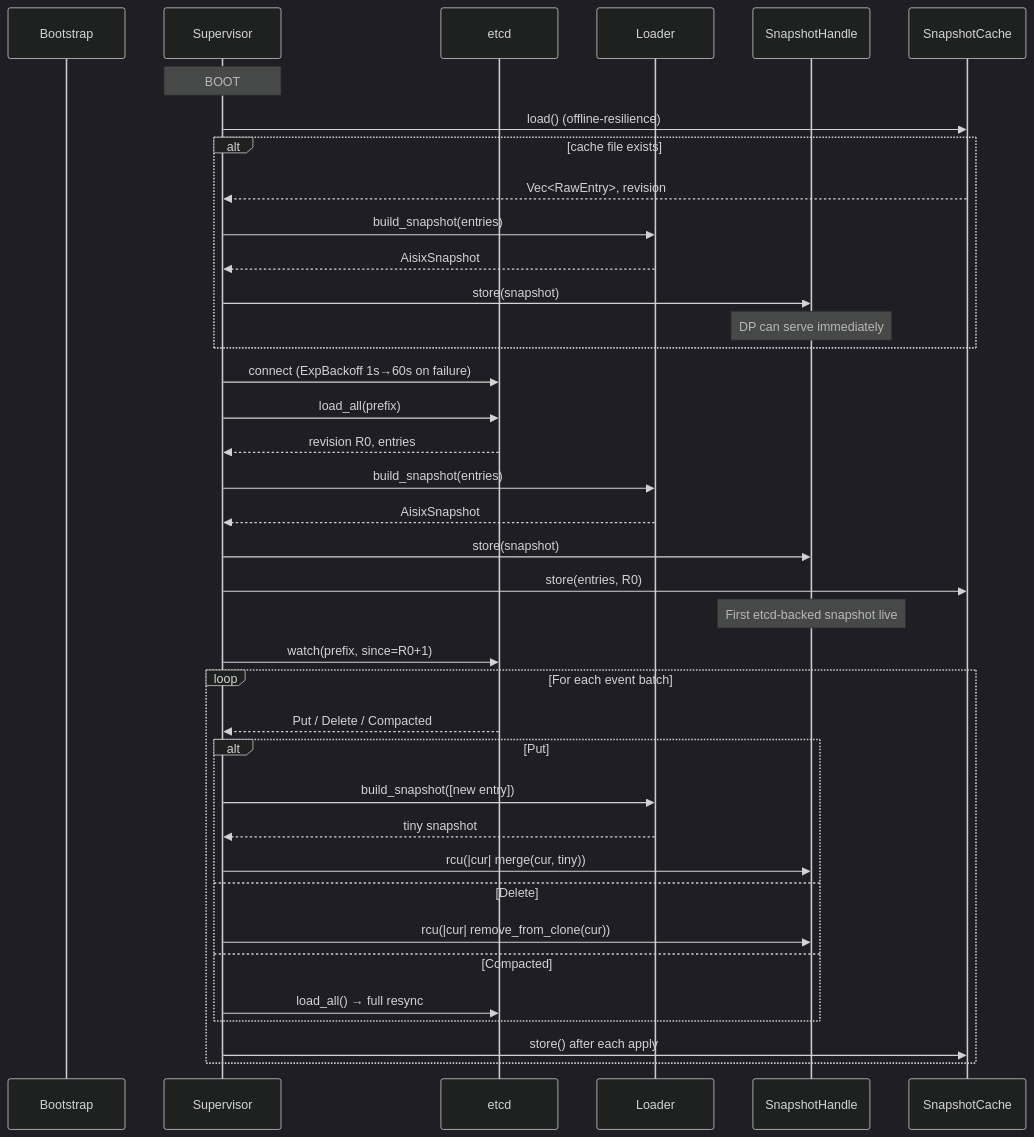
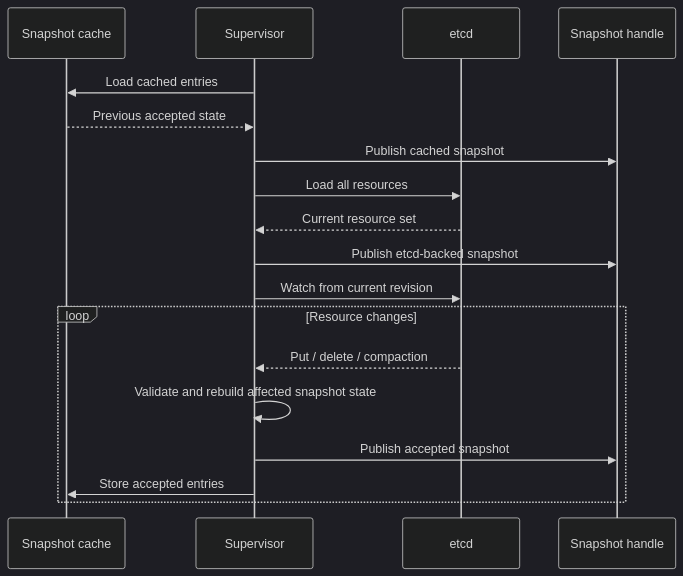
Before and after one commit to api7/aisix: the second of 2 diagrams in docs/architecture/snapshot-and-watch.md, drawn with Mermaid (dark theme). The commit also changed other lines of this file and 78 other files, not shown here.

````diff
--- a/docs/architecture/snapshot-and-watch.md
+++ b/docs/architecture/snapshot-and-watch.md
@@ -116,43 +82,21 @@
 ```mermaid
 sequenceDiagram
-  participant boot as Bootstrap
+  participant cache as Snapshot cache
   participant sup as Supervisor
   participant etcd as etcd
-  participant ldr as Loader
-  participant h as SnapshotHandle
-  participant cache as SnapshotCache
+  participant h as Snapshot handle
 
-  Note over sup: BOOT
-  sup->>cache: load() (offline-resilience)
-  alt cache file exists
-    cache-->>sup: Vec<RawEntry>, revision
-    sup->>ldr: build_snapshot(entries)
-    ldr-->>sup: AisixSnapshot
-    sup->>h: store(snapshot)
-    Note over h: DP can serve immediately
-  end
-
-  sup->>etcd: connect (ExpBackoff 1s→60s on failure)
-  sup->>etcd: load_all(prefix)
-  etcd-->>sup: revision R0, entries
-  sup->>ldr: build_snapshot(entries)
-  ldr-->>sup: AisixSnapshot
-  sup->>h: store(snapshot)
-  sup->>cache: store(entries, R0)
-  Note over h: First etcd-backed snapshot live
-
-  sup->>etcd: watch(prefix, since=R0+1)
-  loop For each event batch
-    etcd-->>sup: Put / Delete / Compacted
-    alt Put
-      sup->>ldr: build_snapshot([new entry])
-      ldr-->>sup: tiny snapshot
-      sup->>h: rcu(|cur| merge(cur, tiny))
-    else Delete
-      sup->>h: rcu(|cur| remove_from_clone(cur))
-    else Compacted
-      sup->>etcd: load_all() → full resync
-    end
-    sup->>cache: store() after each apply
+  sup->>cache: Load cached entries
+  cache-->>sup: Previous accepted state
+  sup->>h: Publish cached snapshot
+  sup->>etcd: Load all resources
+  etcd-->>sup: Current resource set
+  sup->>h: Publish etcd-backed snapshot
+  sup->>etcd: Watch from current revision
+  loop Resource changes
+    etcd-->>sup: Put / delete / compaction
+    sup->>sup: Validate and rebuild affected snapshot state
+    sup->>h: Publish accepted snapshot
+    sup->>cache: Store accepted entries
   end
 ```
````
